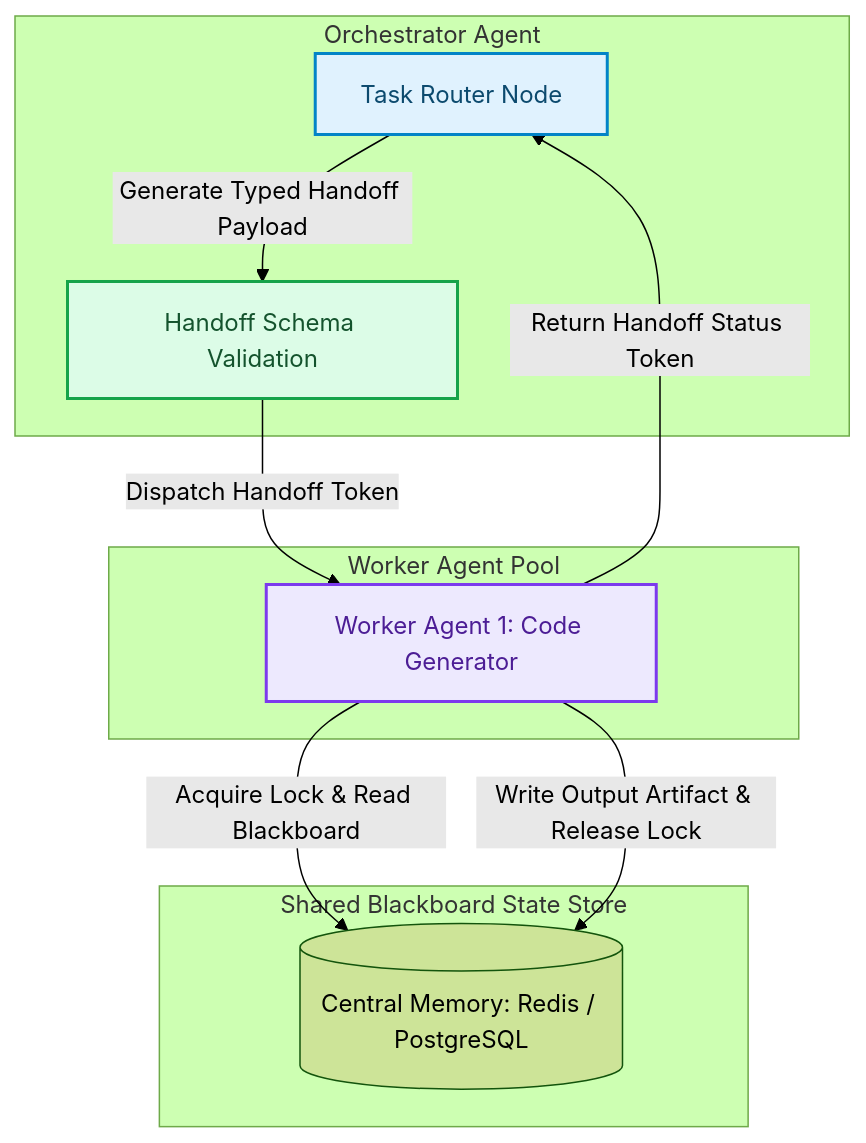
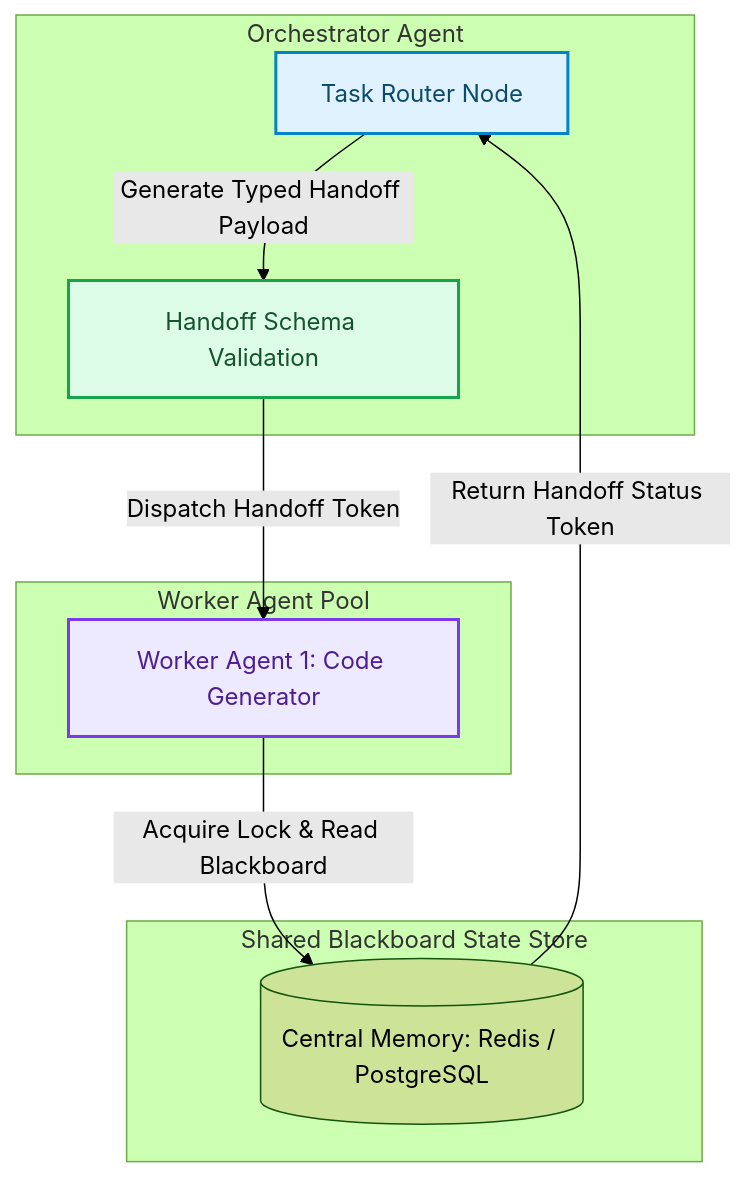
The diagram in blog/posts/orchestrator-state-synchronization-handoff-schemas.md (akmalkhaniub/akmalkhaniub.github.io), drawn with Mermaid (forest theme) before and after one commit. The commit also changed other lines of this file and 894 other files, not shown here.

Commit message:
feat(blog): upgrade all 444 posts with unique staggered dates, 2-col Mermaid spines, benchmark tables, code blocks, and trade-offs

````diff
--- a/blog/posts/orchestrator-state-synchronization-handoff-schemas.md
+++ b/blog/posts/orchestrator-state-synchronization-handoff-schemas.md
@@ -15,24 +15,23 @@
 ```mermaid
 flowchart TD
   subgraph SG1_OrchestratorAgent ["Orchestrator Agent"]
     A["Task Router Node"] -->|Generate Typed Handoff Payload| B["Handoff Schema Validation"]
   end
   subgraph SG2_SharedBlackboardState ["Shared Blackboard State Store"]
     C[(Central Memory: Redis / PostgreSQL)]
   end
   subgraph SG3_WorkerAgentPool ["Worker Agent Pool"]
     B -->|Dispatch Handoff Token| D["Worker Agent 1: Code Generator"]
     D -->|Acquire Lock & Read Blackboard| C
-    D -->|Write Output Artifact & Release Lock| C
-    D -->|Return Handoff Status Token| A
+    C --> |Return Handoff Status Token| A
   end
 
 classDef green fill:#dcfce7,stroke:#16a34a,stroke-width:2px,color:#14532d;
 classDef red fill:#fee2e2,stroke:#dc2626,stroke-width:2px,color:#7f1d1d;
 classDef blue fill:#e0f2fe,stroke:#0284c7,stroke-width:2px,color:#0c4a6e;
 classDef yellow fill:#fef3c7,stroke:#d97706,stroke-width:2px,color:#78350f;
 classDef purple fill:#ede9fe,stroke:#7c3aed,stroke-width:2px,color:#4c1d95;
 class A blue
 class B green
 class D purple
 ```
````
